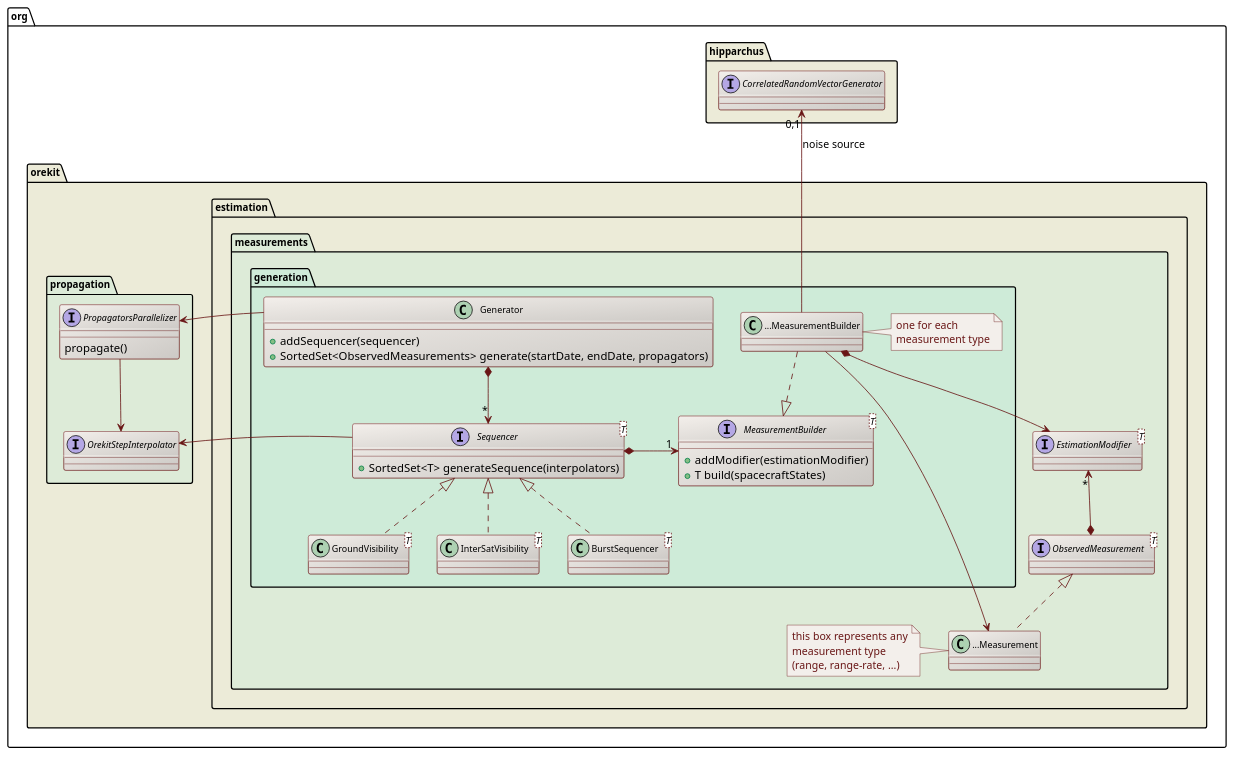
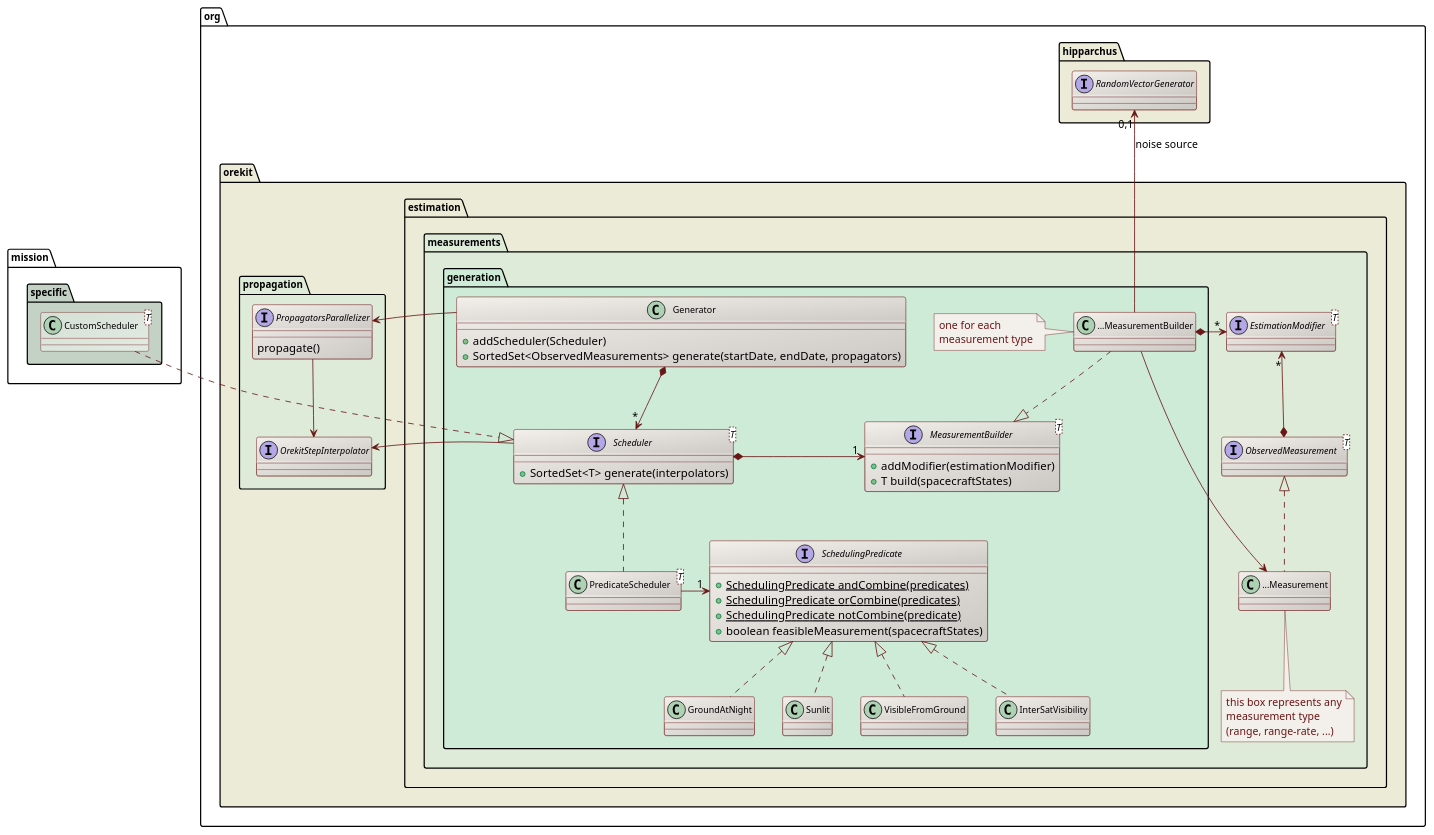
The diagram in src/design/measurements-generation-class-diagram.puml (CS-SI/Orekit), drawn with PlantUML before and after one commit. The commit also changed 4 other files, not shown here.

First line of the commit message:
Added scheduling predicates that can be combined.

```diff
--- a/src/design/measurements-generation-class-diagram.puml
+++ b/src/design/measurements-generation-class-diagram.puml
@@ -17,86 +17,99 @@
 @startuml
 
   skinparam svek                  true
   skinparam ClassBackgroundColor  #F3EFEB/CCC9C5
   skinparam ClassArrowColor       #691616
   skinparam ClassBorderColor      #691616
   skinparam NoteBackgroundColor   #F3EFEB
   skinparam NoteBorderColor       #691616
   skinparam NoteFontColor         #691616
   skinparam ClassFontSize         11
   skinparam PackageFontSize       12
 
   package org.hipparchus #ECEBD8 {
-      interface CorrelatedRandomVectorGenerator
+      interface RandomVectorGenerator
   }
 
   package org.orekit #ECEBD8 {
 
     package estimation.measurements #DDEBD8 {
 
       package generation #CEEBD8 {
 
         interface "MeasurementBuilder<T>" as MeasurementBuilder_T_ {
           +addModifier(estimationModifier)
           +T build(spacecraftStates)
          }
 
         class "...MeasurementBuilder" as XXXMeasurementBuilder
-        note right
+        note left
           one for each
           measurement type
         end note
 
         class Generator {
-          +addSequencer(sequencer)
+          +addScheduler(Scheduler)
           +SortedSet<ObservedMeasurements> generate(startDate, endDate, propagators)
         }
 
-        interface "Sequencer<T>" as Sequencer_T_ {
-          +SortedSet<T> generateSequence(interpolators)
+        interface "Scheduler<T>" as Scheduler_T_ {
+          +SortedSet<T> generate(interpolators)
         }
 
-        class "GroundVisibility<T>"   as GroundVisibility_T_
-        class "InterSatVisibility<T>" as InterSatVisibility_T_
-        class "BurstSequencer<T>"     as BurstSequencer_T_
+        class "PredicateScheduler<T>" as PredicateScheduler_T_
 
-        XXXMeasurementBuilder                 ..|>          MeasurementBuilder_T_
-        Generator                             *--> "*"      Sequencer_T_
-        Sequencer_T_                          *-right-> "1" MeasurementBuilder_T_
-        CorrelatedRandomVectorGenerator "0,1" <--           XXXMeasurementBuilder : noise source
-        Sequencer_T_                          <|..          GroundVisibility_T_   
-        Sequencer_T_                          <|..          InterSatVisibility_T_ 
-        Sequencer_T_                          <|..          BurstSequencer_T_     
+        interface SchedulingPredicate {
+          {static} +SchedulingPredicate andCombine(predicates)
+          {static} +SchedulingPredicate orCombine(predicates)
+          {static} +SchedulingPredicate notCombine(predicate)
+          +boolean feasibleMeasurement(spacecraftStates)
+        }
+
+        XXXMeasurementBuilder       ..|>          MeasurementBuilder_T_
+        Generator                   *--> "*"      Scheduler_T_
+        Scheduler_T_                *-right-> "1" MeasurementBuilder_T_
+        RandomVectorGenerator "0,1" <--           XXXMeasurementBuilder : noise source
+        Scheduler_T_                <|..          PredicateScheduler_T_
+        PredicateScheduler_T_       -right-> "1"  SchedulingPredicate
+        SchedulingPredicate         <|..          VisibleFromGround  
+        SchedulingPredicate         <|..          InterSatVisibility
+        SchedulingPredicate         <|..          GroundAtNight  
+        SchedulingPredicate         <|..          Sunlit  
 
       }
 
       interface "EstimationModifier<T>" as EstimationModifier_T_
       interface "ObservedMeasurement<T>" as ObservedMeasurement_T_
       class "...Measurement" as XXXMeasurement
-      note left
+      note bottom
         this box represents any
         measurement type
         (range, range-rate, ...)
       end note
 
  
-      EstimationModifier_T_    "*" <--*    ObservedMeasurement_T_ 
-      ObservedMeasurement_T_    <|..       XXXMeasurement
-      XXXMeasurementBuilder    -->      XXXMeasurement
-      XXXMeasurementBuilder   *-->      EstimationModifier_T_ 
+      EstimationModifier_T_  "*" <--*          ObservedMeasurement_T_ 
+      ObservedMeasurement_T_     <|..          XXXMeasurement
+      XXXMeasurementBuilder       -->          XXXMeasurement
+      XXXMeasurementBuilder     *-right->  "*" EstimationModifier_T_ 
 
     }
 
    package propagation #DDEBD8 {
       interface PropagatorsParallelizer {
         propagate()
       }
       interface OrekitStepInterpolator
       PropagatorsParallelizer <-left- Generator
       PropagatorsParallelizer -->     OrekitStepInterpolator
-      OrekitStepInterpolator  <-left- Sequencer_T_
+      OrekitStepInterpolator  <-left- Scheduler_T_
     }
 
   }
 
+  package mission.specific #C4D2C5 {
+    class "CustomScheduler<T>" as CustomScheduler_T_ #D5E0D5/E2EBE2
+    CustomScheduler_T_ ..|> Scheduler_T_
+  }
+
 @enduml
```
